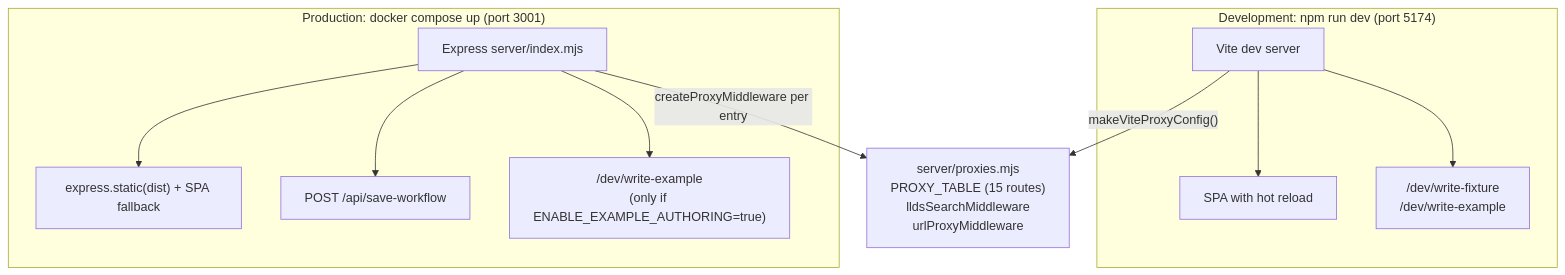
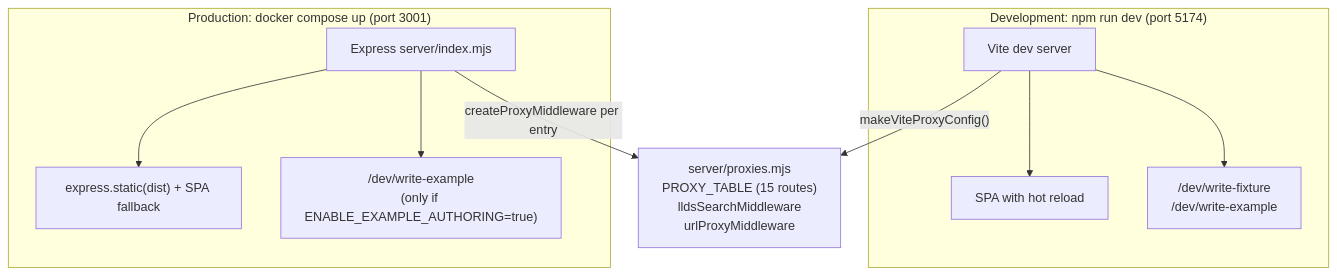
Before and after one commit to kingsdigitallab/nfcs-poc: the third of 14 diagrams in docs/architecture.md, drawn with Mermaid. The commit also changed other lines of this file and 8 other files, not shown here.

````diff
--- a/docs/architecture.md
+++ b/docs/architecture.md
@@ -140,15 +137,14 @@
 ```mermaid
 flowchart TB
   subgraph dev["Development: npm run dev (port 5174)"]
     V["Vite dev server"] --> HMR["SPA with hot reload"]
     V --> DP["/dev/write-fixture<br/>/dev/write-example"]
   end
   subgraph prod["Production: docker compose up (port 3001)"]
     E["Express server/index.mjs"] --> ST["express.static(dist) + SPA fallback"]
-    E --> SW["POST /api/save-workflow"]
     E --> DE["/dev/write-example<br/>(only if ENABLE_EXAMPLE_AUTHORING=true)"]
   end
   P["server/proxies.mjs<br/>PROXY_TABLE (15 routes)<br/>lldsSearchMiddleware<br/>urlProxyMiddleware"]
   V -->|"makeViteProxyConfig()"| P
   E -->|"createProxyMiddleware per entry"| P
 ```
````
